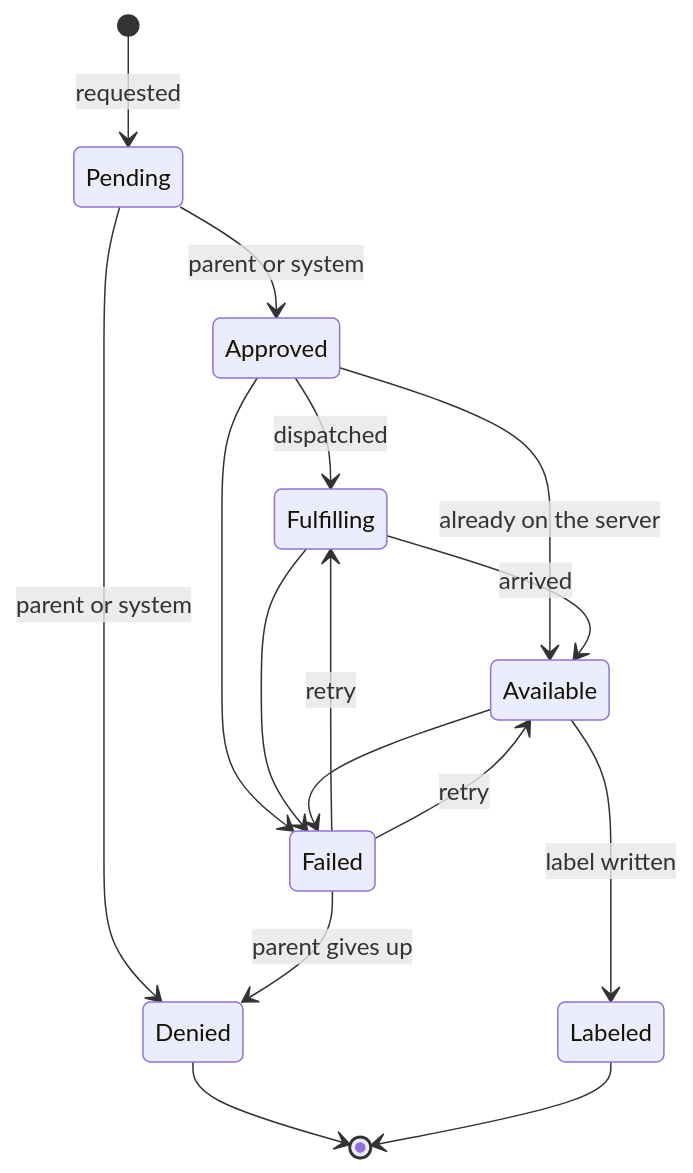
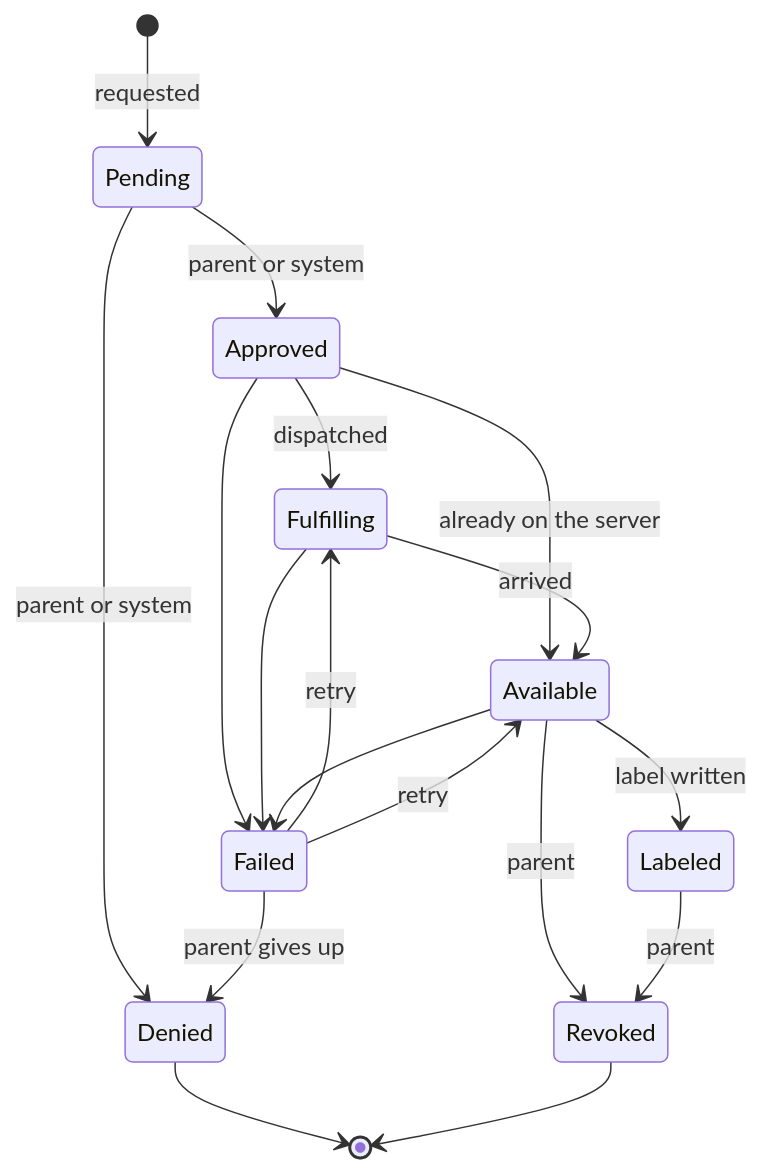
Before and after one commit to glensouza/wishlistarr: the diagram in docs/requests.md, drawn with Mermaid. The commit also changed other lines of this file and 8 other files, not shown here.

````diff
--- a/docs/requests.md
+++ b/docs/requests.md
@@ -7,18 +7,20 @@
 ```mermaid
 stateDiagram-v2
     [*] --> Pending: requested
     Pending --> Approved: parent or system
     Pending --> Denied: parent or system
     Approved --> Fulfilling: dispatched
     Approved --> Available: already on the server
     Approved --> Failed
     Fulfilling --> Available: arrived
     Fulfilling --> Failed
     Available --> Labeled: label written
     Available --> Failed
+    Available --> Revoked: parent
+    Labeled --> Revoked: parent
     Failed --> Fulfilling: retry
     Failed --> Available: retry
     Failed --> Denied: parent gives up
     Denied --> [*]
-    Labeled --> [*]
+    Revoked --> [*]
 ```
````
